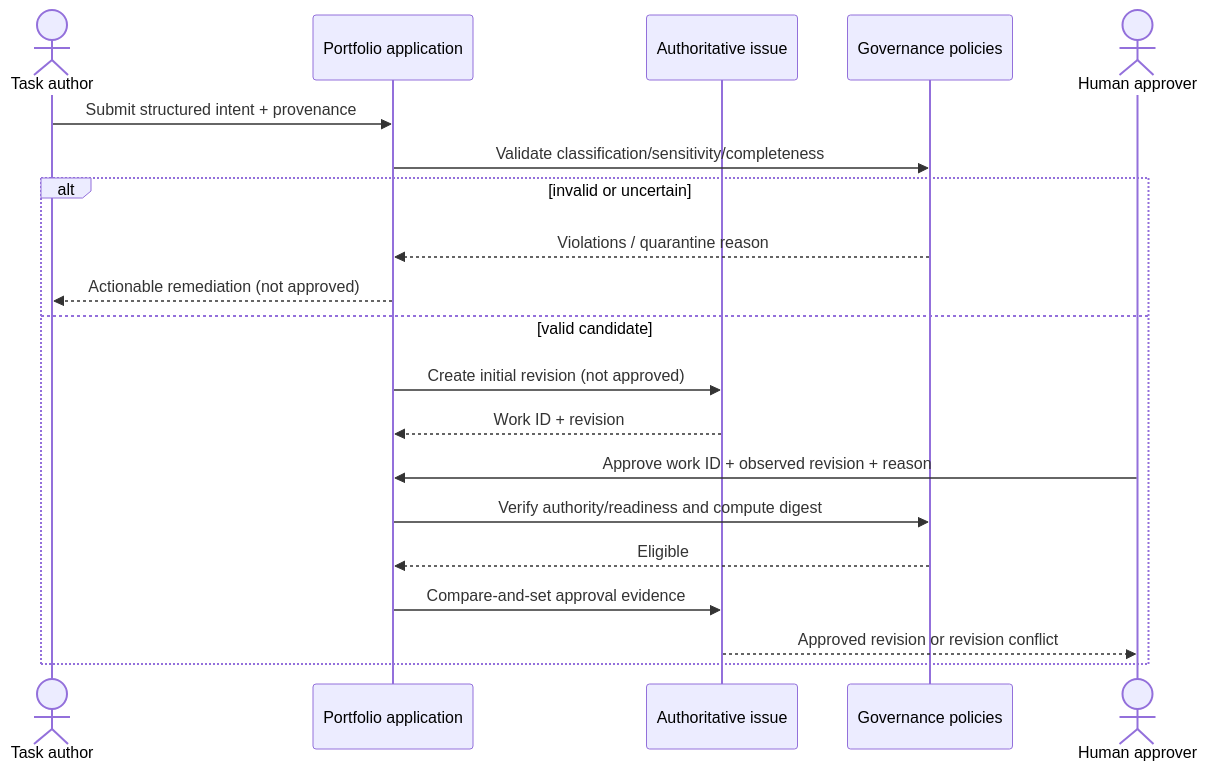
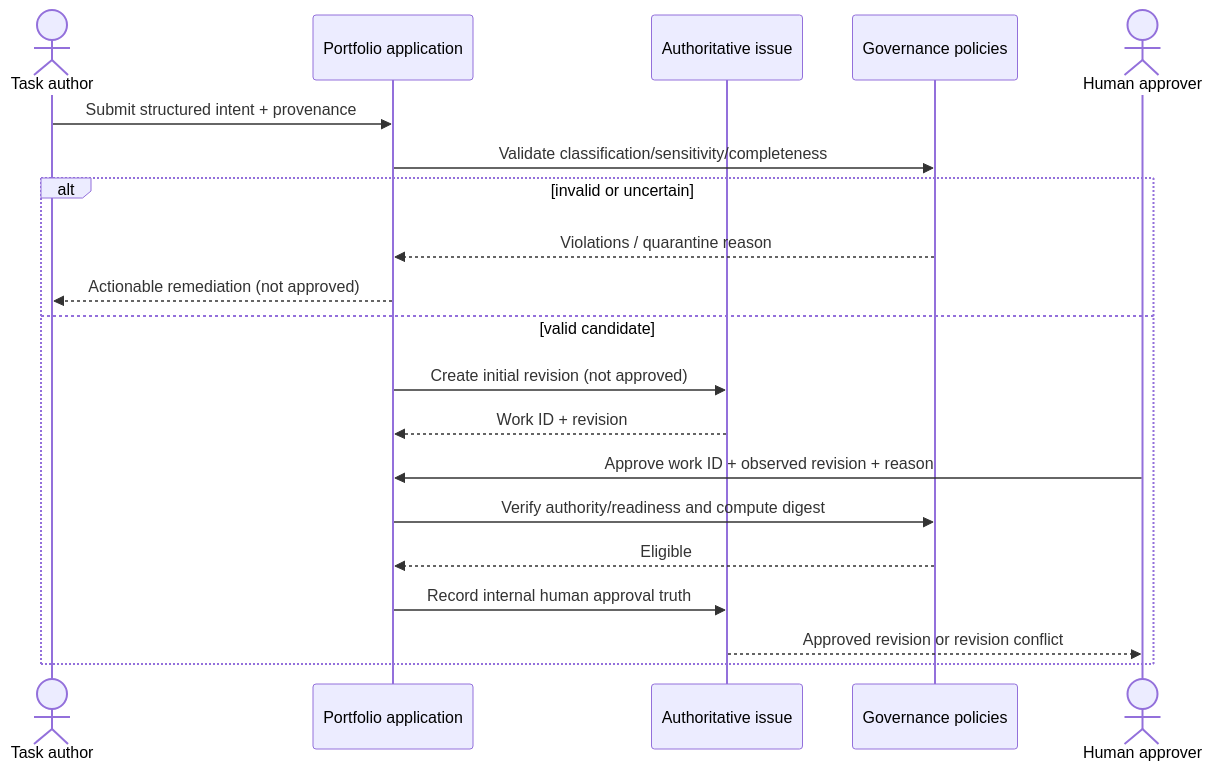
Before and after one commit to Young-Consultations/portfolio-tasks: the first of 7 diagrams in docs/architecture/SequenceDiagrams.md, drawn with Mermaid. The commit also changed other lines of this file and 18 other files, not shown here.

````diff
--- a/docs/architecture/SequenceDiagrams.md
+++ b/docs/architecture/SequenceDiagrams.md
@@ -5,22 +5,22 @@
 ```mermaid
 sequenceDiagram
   actor A as Task author
   participant P as Portfolio application
   participant I as Authoritative issue
   participant G as Governance policies
   actor H as Human approver
   A->>P: Submit structured intent + provenance
   P->>G: Validate classification/sensitivity/completeness
   alt invalid or uncertain
     G-->>P: Violations / quarantine reason
     P-->>A: Actionable remediation (not approved)
   else valid candidate
     P->>I: Create initial revision (not approved)
     I-->>P: Work ID + revision
     H->>P: Approve work ID + observed revision + reason
     P->>G: Verify authority/readiness and compute digest
     G-->>P: Eligible
-    P->>I: Compare-and-set approval evidence
+    P->>I: Record internal human approval truth
     I-->>H: Approved revision or revision conflict
   end
 ```
````
